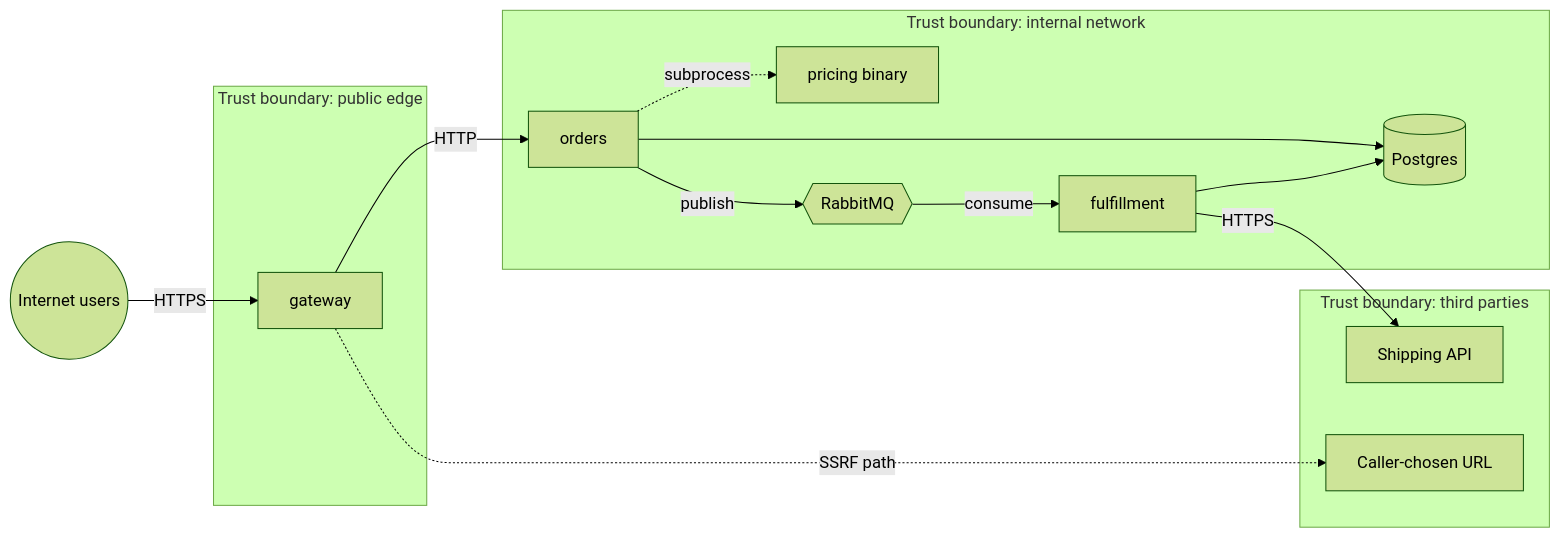
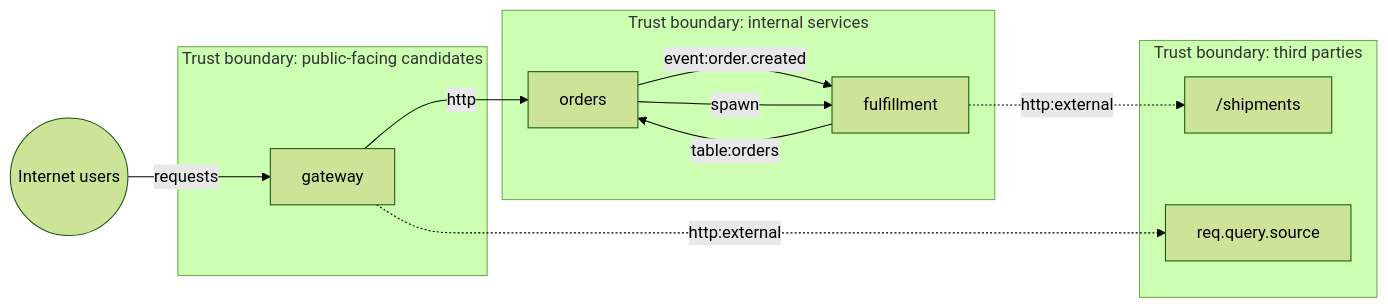
The diagram in examples/sample-output/system/threat-model.md (RndU53r/Code-Knowledge-Builder), drawn with Mermaid (forest theme) before and after one commit. The commit also changed other lines of this file and 182 other files, not shown here.

````diff
--- a/examples/sample-output/system/threat-model.md
+++ b/examples/sample-output/system/threat-model.md
@@ -67,27 +68,22 @@
 ```mermaid
 flowchart LR
   U(("Internet users"))
-  subgraph TB_edge["Trust boundary: public edge"]
+  subgraph TB_internet["Trust boundary: public-facing candidates"]
     N1["gateway"]
   end
-  subgraph TB_internal["Trust boundary: internal network"]
+  subgraph TB_internal["Trust boundary: internal services"]
     N2["orders"]
     N3["fulfillment"]
-    N4["pricing binary"]
-    N5[("Postgres")]
-    N6{{"RabbitMQ"}}
   end
   subgraph TB_third["Trust boundary: third parties"]
-    N7["Shipping API"]
-    N8["Caller-chosen URL"]
+    N4["/shipments"]
+    N5["req.query.source"]
   end
-  U -->|"HTTPS"| N1
-  N1 -->|"HTTP"| N2
-  N2 -.->|"subprocess"| N4
-  N2 --> N5
-  N2 -->|"publish"| N6
-  N6 -->|"consume"| N3
-  N3 --> N5
-  N3 -->|"HTTPS"| N7
-  N1 -.->|"SSRF path"| N8
+  U -->|"requests"| N1
+  N1 -->|"http"| N2
+  N3 -->|"table:orders"| N2
+  N2 -->|"event:order.created"| N3
+  N2 -->|"spawn"| N3
+  N3 -.->|"http:external"| N4
+  N1 -.->|"http:external"| N5
 ```
````
